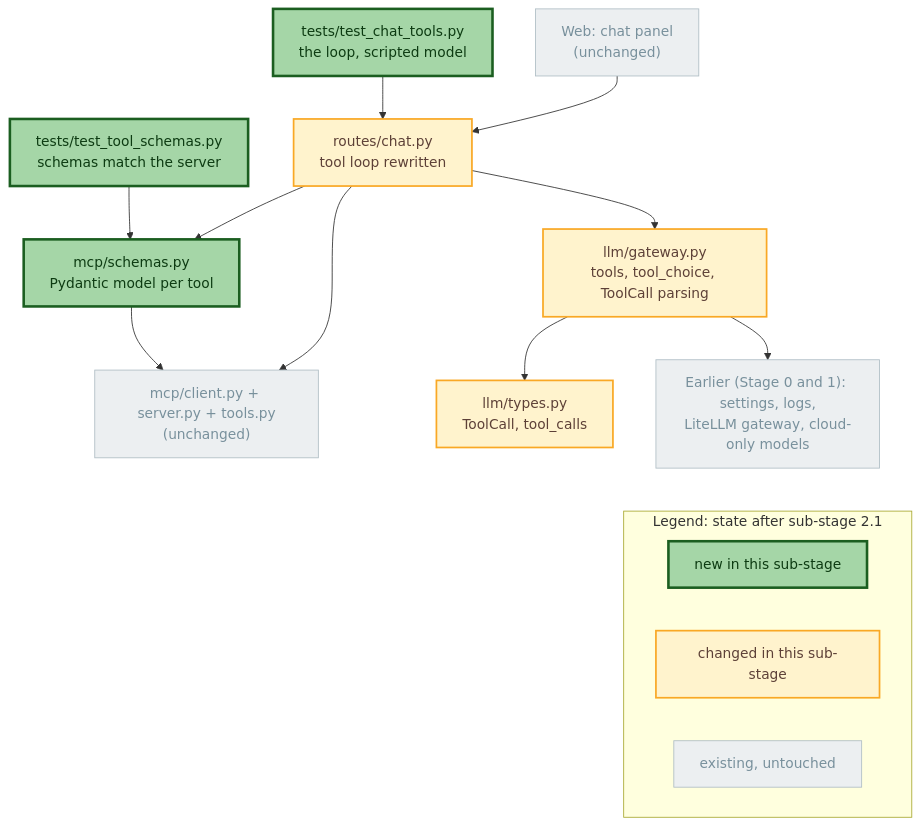
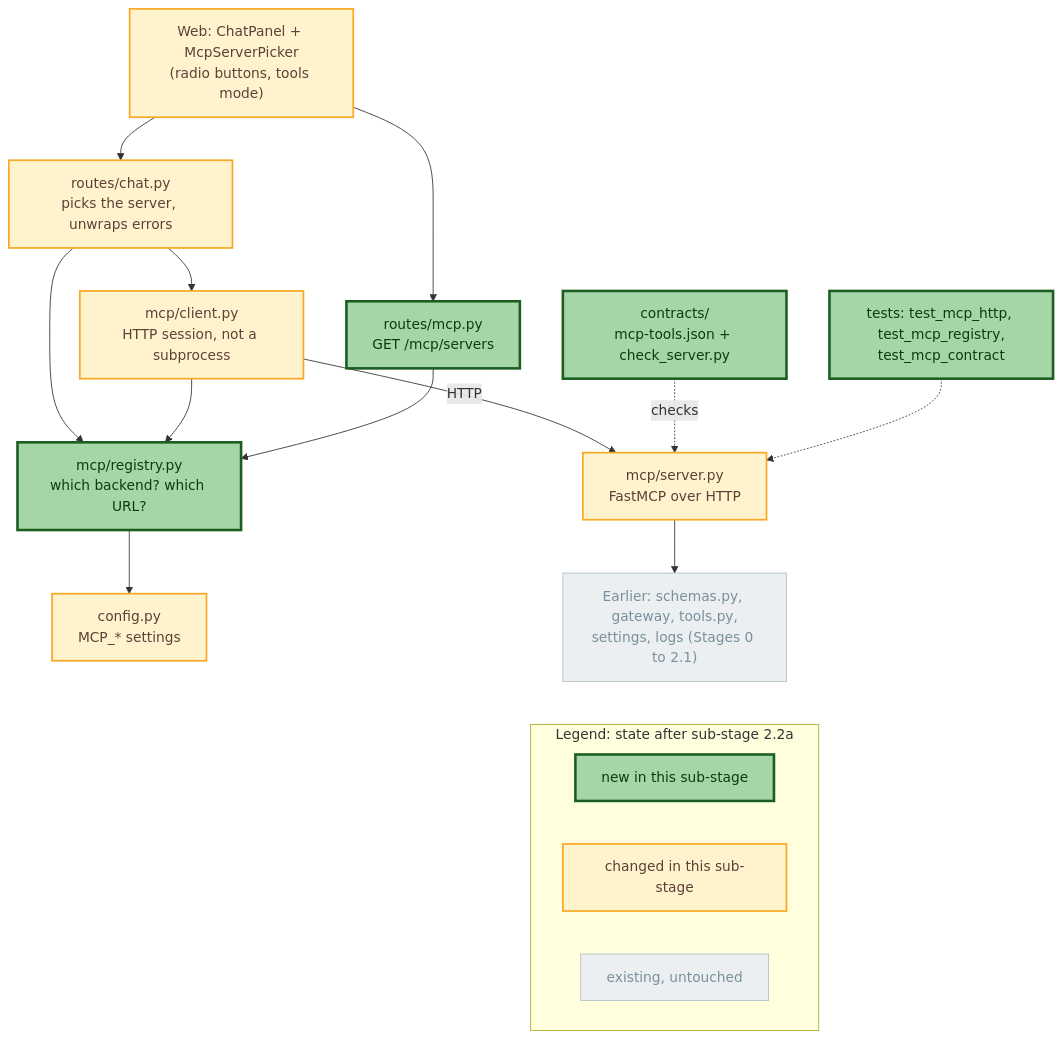
One commit to dsailajakrishna0-ship-it/customer-compass-v3 changed the diagram in docs/diagrams/stage2-module-map.mmd. Above: the diagram before and after it, drawn with Mermaid. The commit also changed 43 other files, not shown here.

First line of the commit message:
Stage 2.2a: FastMCP over HTTP with a selectable tool server (#31)

```diff
--- a/docs/diagrams/stage2-module-map.mmd
+++ b/docs/diagrams/stage2-module-map.mmd
@@ -1,24 +1,26 @@
 flowchart TB
-    W["Web: chat panel<br/>(unchanged)"] --> C
-    C["routes/chat.py<br/>tool loop rewritten"] --> G["llm/gateway.py<br/>tools, tool_choice, ToolCall parsing"]
-    C --> S["mcp/schemas.py<br/>Pydantic model per tool"]
-    C --> K["mcp/client.py + server.py + tools.py<br/>(unchanged)"]
-    G --> Y["llm/types.py<br/>ToolCall, tool_calls"]
-    S --> K
-    T1["tests/test_chat_tools.py<br/>the loop, scripted model"] --> C
-    T2["tests/test_tool_schemas.py<br/>schemas match the server"] --> S
-    E["Earlier (Stage 0 and 1): settings, logs,<br/>LiteLLM gateway, cloud-only models"]
-    G --> E
-    subgraph legend["Legend: state after sub-stage 2.1"]
+    W["Web: ChatPanel + McpServerPicker<br/>(radio buttons, tools mode)"] --> C
+    C["routes/chat.py<br/>picks the server, unwraps errors"] --> R["mcp/registry.py<br/>which backend? which URL?"]
+    C --> CL["mcp/client.py<br/>HTTP session, not a subprocess"]
+    R --> CF["config.py<br/>MCP_* settings"]
+    CL --> R
+    CL -->|HTTP| S["mcp/server.py<br/>FastMCP over HTTP"]
+    API2["routes/mcp.py<br/>GET /mcp/servers"] --> R
+    W --> API2
+    K["contracts/<br/>mcp-tools.json + check_server.py"] -.->|checks| S
+    T["tests: test_mcp_http, test_mcp_registry,<br/>test_mcp_contract"] -.-> S
+    E["Earlier: schemas.py, gateway, tools.py,<br/>settings, logs (Stages 0 to 2.1)"]
+    S --> E
+    subgraph legend["Legend: state after sub-stage 2.2a"]
         direction LR
         K1["new in this sub-stage"]
         K2["changed in this sub-stage"]
         K3["existing, untouched"]
     end
     E ~~~ legend
     classDef new fill:#a5d6a7,stroke:#1b5e20,stroke-width:3px,color:#0d3b12
     classDef changed fill:#fff3cd,stroke:#f9a825,stroke-width:2px,color:#5d4037
     classDef existing fill:#eceff1,stroke:#b0bec5,color:#78909c
-    class S,T1,T2,K1 new
-    class C,G,Y,K2 changed
-    class W,K,E,K3 existing
+    class R,API2,K,T,K1 new
+    class W,C,CL,S,CF,K2 changed
+    class E,K3 existing
```
